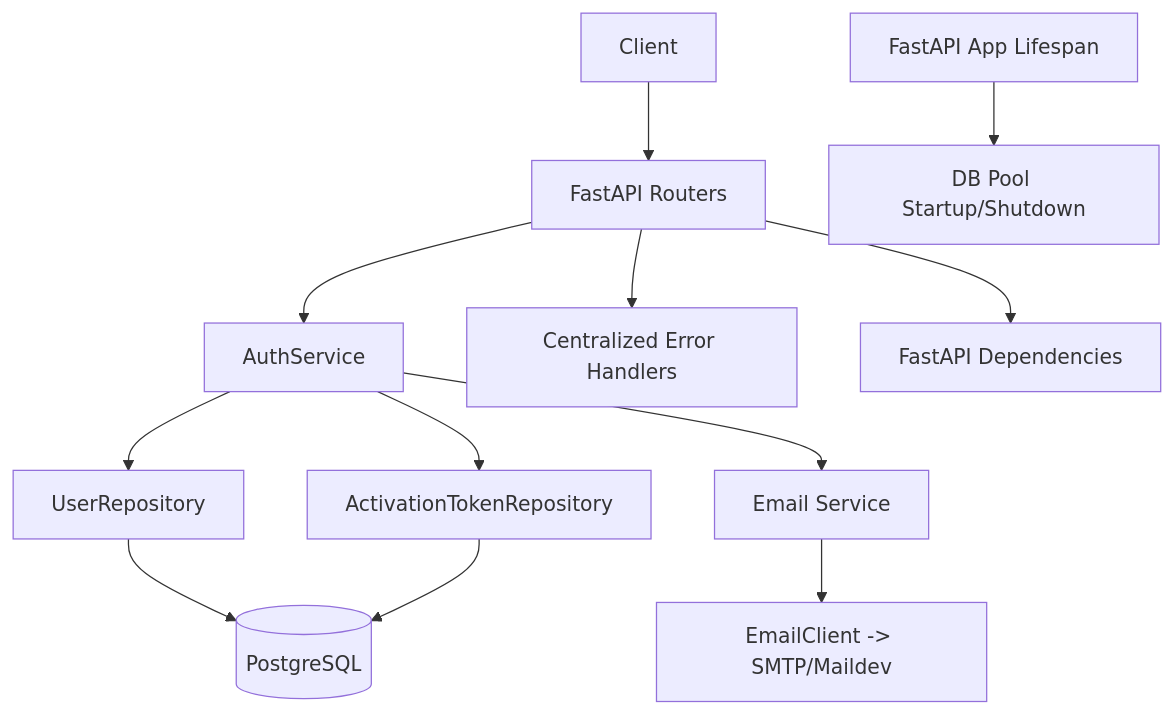
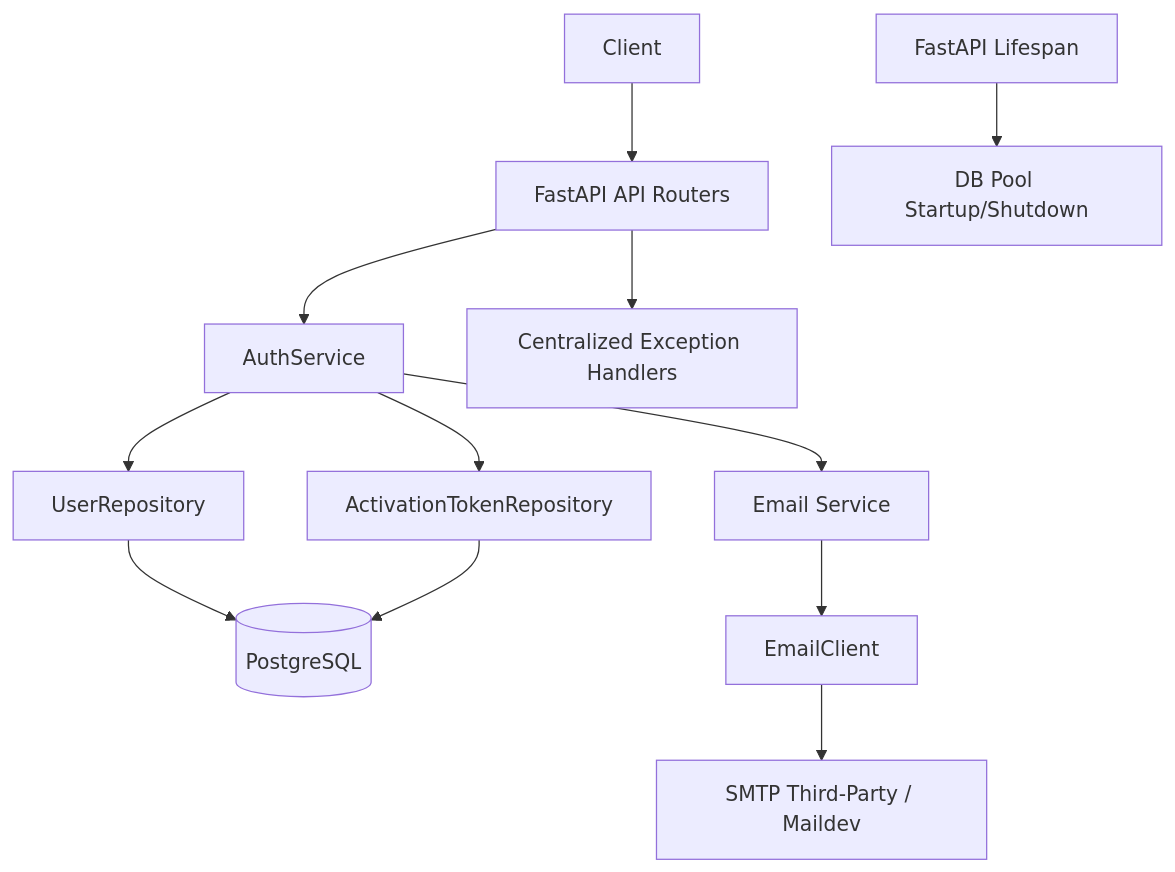
One commit to zbgn/dailymotion-user-auth changed the diagram in README.md. Above: the diagram before and after it, drawn with Mermaid.

Commit message:
docs(readme): refine architecture diagram labels

````diff
--- a/README.md
+++ b/README.md
@@ -35,15 +35,17 @@
 ```mermaid
 graph TD
-        Client[Client] --> API[FastAPI Routers]
-        API --> Service[AuthService]
-        Service --> UserRepo[UserRepository]
-        Service --> TokenRepo[ActivationTokenRepository]
-        Service --> MailSvc[Email Service]
-        UserRepo --> PG[(PostgreSQL)]
-        TokenRepo --> PG
-        MailSvc --> SMTP[EmailClient -> SMTP/Maildev]
+    Client[Client] --> FastAPI[FastAPI API Routers]
+    FastAPI --> AuthService[AuthService]
+    FastAPI --> ExceptionHandlers[Centralized Exception Handlers]
 
-        API --> Handlers[Centralized Error Handlers]
-        API --> DI[FastAPI Dependencies]
-        App[FastAPI App Lifespan] --> DBPool[DB Pool Startup/Shutdown]
+    AuthService --> UserRepository[UserRepository]
+    AuthService --> TokenRepository[ActivationTokenRepository]
+    AuthService --> EmailService[Email Service]
+
+    UserRepository --> Postgres[(PostgreSQL)]
+    TokenRepository --> Postgres
+    EmailService --> EmailClient[EmailClient]
+    EmailClient --> Maildev[SMTP Third-Party / Maildev]
+
+    AppLifespan[FastAPI Lifespan] --> DbPool[DB Pool Startup/Shutdown]
 ```
````
